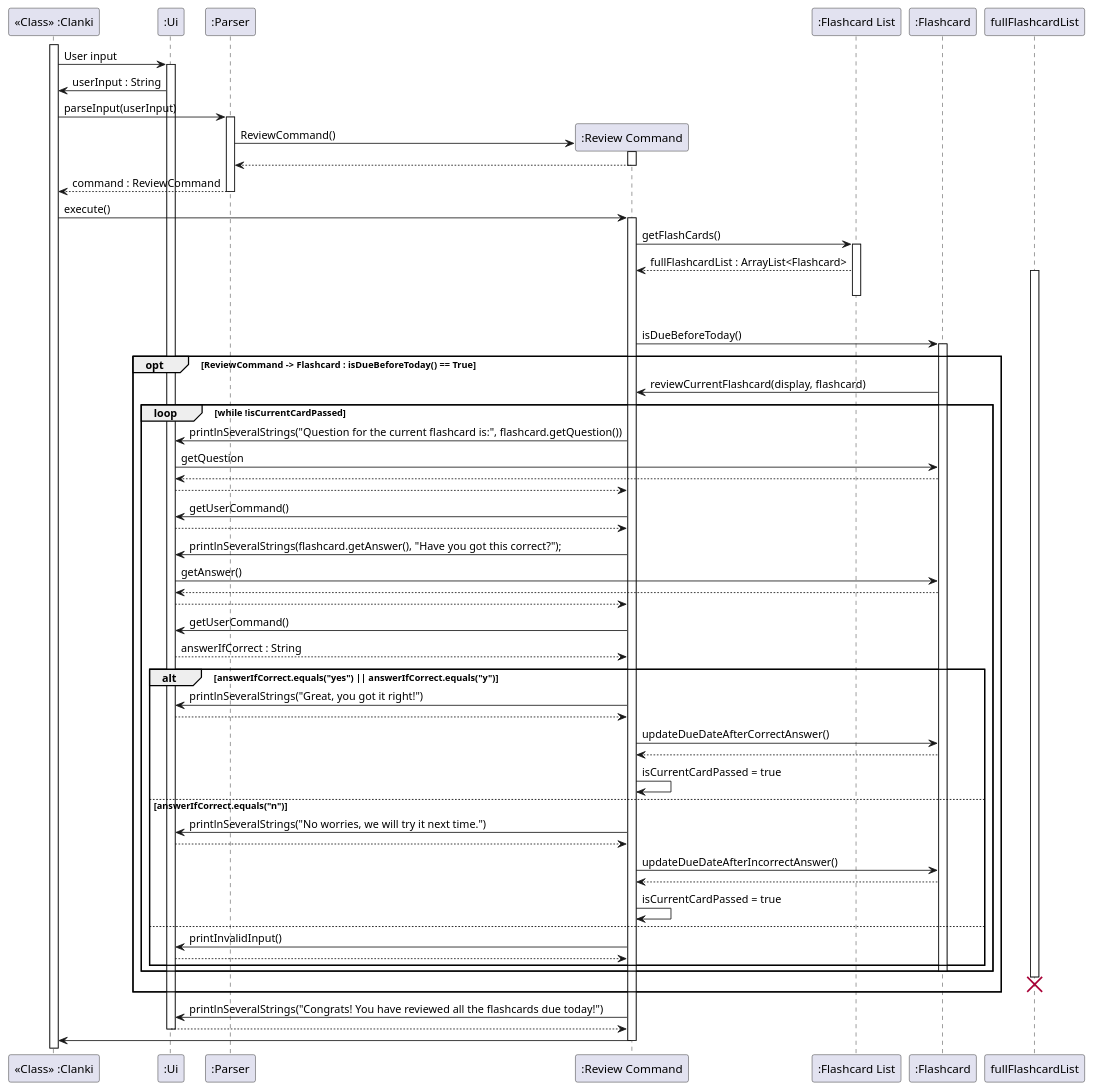
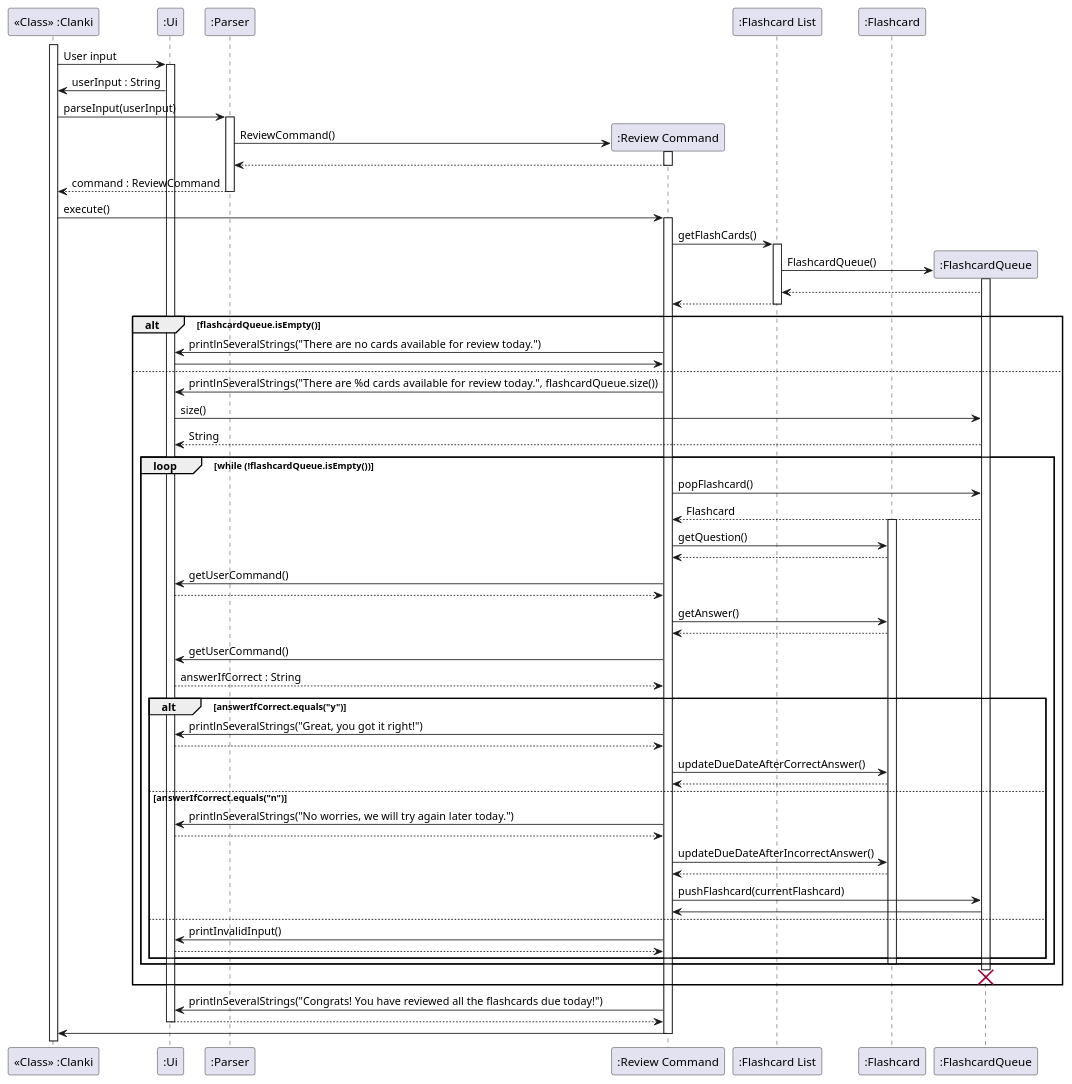
Before and after one commit to nus-cs2113-AY2223S2/tp: the diagram in docs/umlDiagrams/ReviewFlashcard.puml, drawn with PlantUML. The commit also changed 3 other files, not shown here.

```diff
--- a/docs/umlDiagrams/ReviewFlashcard.puml
+++ b/docs/umlDiagrams/ReviewFlashcard.puml
@@ -1,85 +1,92 @@
 @startuml
 'https://plantuml.com/sequence-diagram
 
 participant "<<Class>> :Clanki" as Main
 participant ":Ui" as Ui
 participant ":Parser" as Parser
 participant ":Review Command" as ReviewCommand
 participant ":Flashcard List" as FlashcardList
 participant ":Flashcard" as Flashcard
+participant ":FlashcardQueue" as FlashcardQueue
 
 activate Main
 Main -> Ui : User input
 activate Ui
 
 Ui -> Main : userInput : String
 
 Main -> Parser : parseInput(userInput)
 activate Parser
 
 create ReviewCommand
 Parser -> ReviewCommand : ReviewCommand()
 activate ReviewCommand
 
 ReviewCommand --> Parser
 deactivate ReviewCommand
 
 Parser --> Main : command : ReviewCommand
 deactivate Parser
 
 Main -> ReviewCommand : execute()
 activate ReviewCommand
 
 ReviewCommand -> FlashcardList : getFlashCards()
 activate FlashcardList
 
-FlashcardList --> ReviewCommand : fullFlashcardList : ArrayList<Flashcard>
-activate fullFlashcardList
+create FlashcardQueue
+FlashcardList -> FlashcardQueue : FlashcardQueue()
+activate FlashcardQueue
+FlashcardQueue --> FlashcardList
+FlashcardList --> ReviewCommand
 deactivate FlashcardList
 
-loop until fullFlashcardList has been fully iterated
-    ReviewCommand -> Flashcard : isDueBeforeToday()
-    activate Flashcard
-    opt ReviewCommand -> Flashcard : isDueBeforeToday() == True
-        Flashcard -> ReviewCommand : reviewCurrentFlashcard(display, flashcard)
-        loop while !isCurrentCardPassed
-            ReviewCommand -> Ui : printlnSeveralStrings("Question for the current flashcard is:", flashcard.getQuestion())
-            Ui -> Flashcard : getQuestion
-            Flashcard --> Ui
+alt flashcardQueue.isEmpty()
+    ReviewCommand -> Ui : printlnSeveralStrings("There are no cards available for review today.")
+    Ui -> ReviewCommand
+else
+    ReviewCommand -> Ui : printlnSeveralStrings("There are %d cards available for review today.", flashcardQueue.size())
+    Ui -> FlashcardQueue : size()
+    FlashcardQueue --> Ui : String
+    loop while (!flashcardQueue.isEmpty())
+
+        ReviewCommand -> FlashcardQueue : popFlashcard()
+        FlashcardQueue --> ReviewCommand : Flashcard
+        activate Flashcard
+        ReviewCommand -> Flashcard : getQuestion()
+        Flashcard --> ReviewCommand
+        ReviewCommand -> Ui : getUserCommand()
+        Ui --> ReviewCommand
+        ReviewCommand -> Flashcard : getAnswer()
+        Flashcard --> ReviewCommand
+        ReviewCommand -> Ui : getUserCommand()
+        Ui --> ReviewCommand : answerIfCorrect : String
+
+        alt answerIfCorrect.equals("y")
+            ReviewCommand -> Ui :printlnSeveralStrings("Great, you got it right!")
             Ui --> ReviewCommand
-            ReviewCommand -> Ui : getUserCommand()
+            ReviewCommand -> Flashcard : updateDueDateAfterCorrectAnswer()
+            Flashcard --> ReviewCommand
+        else answerIfCorrect.equals("n")
+            ReviewCommand -> Ui : printlnSeveralStrings("No worries, we will try again later today.")
             Ui --> ReviewCommand
-            ReviewCommand -> Ui : printlnSeveralStrings(flashcard.getAnswer(), "Have you got this correct?");
-            Ui -> Flashcard : getAnswer()
-            Flashcard --> Ui
+            ReviewCommand -> Flashcard : updateDueDateAfterIncorrectAnswer()
+            Flashcard --> ReviewCommand
+            ReviewCommand -> FlashcardQueue : pushFlashcard(currentFlashcard)
+            FlashcardQueue -> ReviewCommand
+        else
+            ReviewCommand -> Ui : printInvalidInput()
             Ui --> ReviewCommand
-            ReviewCommand -> Ui : getUserCommand()
-            Ui --> ReviewCommand : answerIfCorrect : String
-            alt answerIfCorrect.equals("yes") || answerIfCorrect.equals("y")
-                ReviewCommand -> Ui :printlnSeveralStrings("Great, you got it right!")
-                Ui --> ReviewCommand
-                ReviewCommand -> Flashcard : updateDueDateAfterCorrectAnswer()
-                Flashcard --> ReviewCommand
-                ReviewCommand -> ReviewCommand : isCurrentCardPassed = true
-            else answerIfCorrect.equals("n")
-                ReviewCommand -> Ui : printlnSeveralStrings("No worries, we will try it next time.")
-                Ui --> ReviewCommand
-                ReviewCommand -> Flashcard : updateDueDateAfterIncorrectAnswer()
-                Flashcard --> ReviewCommand
-                ReviewCommand -> ReviewCommand : isCurrentCardPassed = true
-            else
-                ReviewCommand -> Ui : printInvalidInput()
-                Ui --> ReviewCommand
         end
-    deactivate Flashcard
+        deactivate Flashcard
     end
-destroy fullFlashcardList
+    destroy FlashcardQueue
 end
 
 ReviewCommand -> Ui : printlnSeveralStrings("Congrats! You have reviewed all the flashcards due today!")
 Ui --> ReviewCommand
 deactivate Ui
 ReviewCommand -> Main
 deactivate ReviewCommand
 
 @enduml
```
